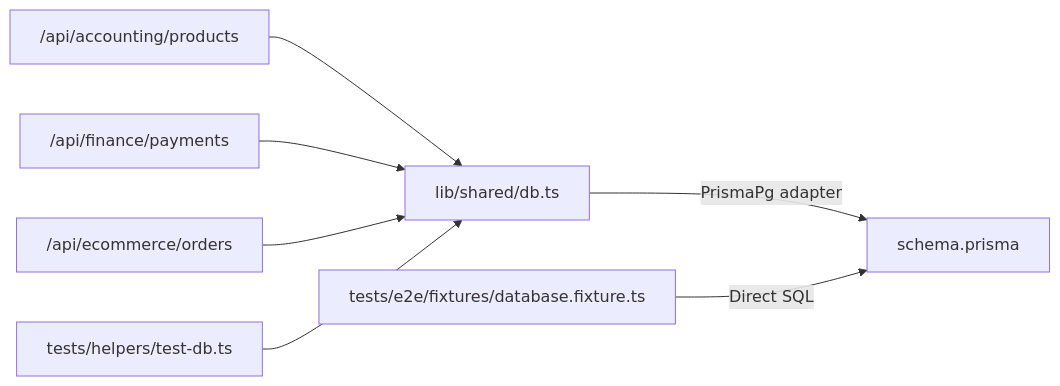
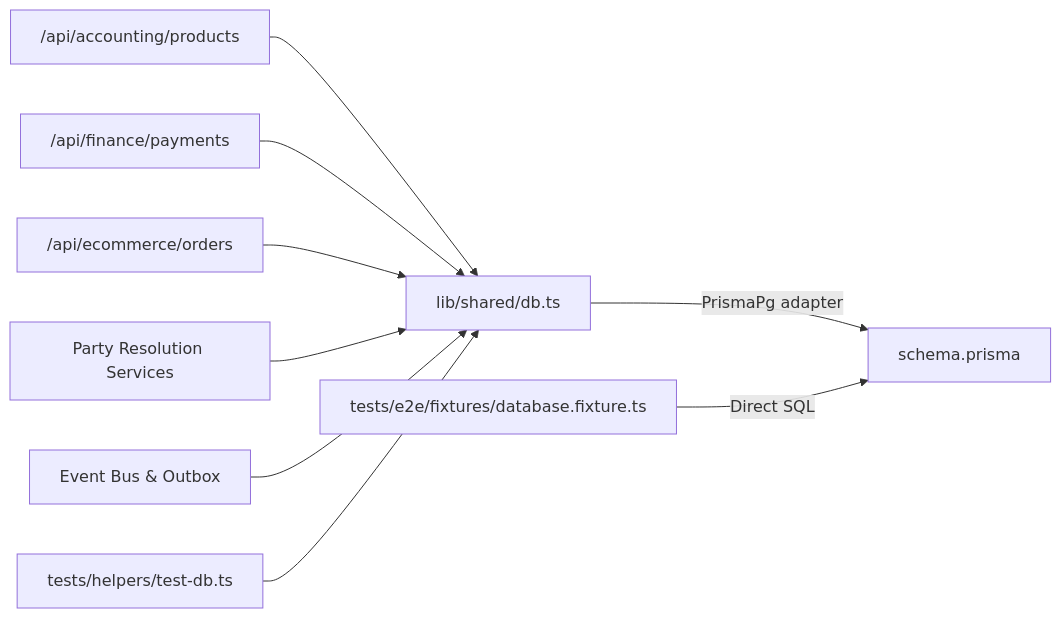
The sixth of 6 diagrams in .qoder/repowiki/en/content/Database Design/Database Design.md (nzey11/erp-new), drawn with Mermaid before and after one commit. The commit also changed other lines of this file and 6 other files, not shown here.

````diff
--- a/.qoder/repowiki/en/content/Database Design/Database Design.md
+++ b/.qoder/repowiki/en/content/Database Design/Database Design.md
@@ -861,9 +1084,11 @@
 ```mermaid
 graph LR
 DBLIB["lib/shared/db.ts"] --> |"PrismaPg adapter"| SCHEMA["schema.prisma"]
 API_PROD["/api/accounting/products"] --> DBLIB
 API_PAY["/api/finance/payments"] --> DBLIB
 API_ECOM["/api/ecommerce/orders"] --> DBLIB
+PARTY_RESOLVER["Party Resolution Services"] --> DBLIB
+EVENT_BUS["Event Bus & Outbox"] --> DBLIB
 TEST_CLEAN["tests/helpers/test-db.ts"] --> DBLIB
 E2E_FIX["tests/e2e/fixtures/database.fixture.ts"] --> |"Direct SQL"| SCHEMA
 ```
````
